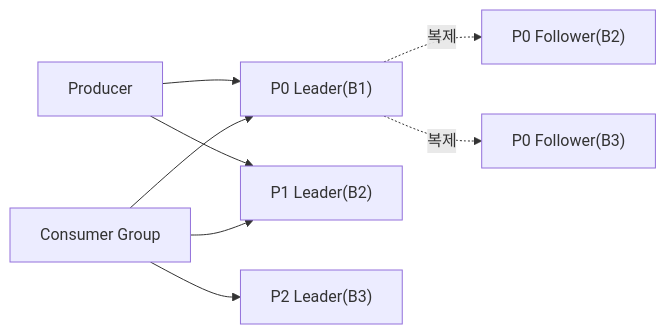
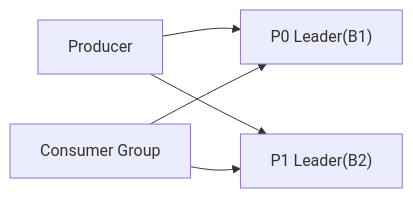
One commit to yjkim2015/yjkim2015.github.io changed the ninth of 12 diagrams in _posts/kafka/2026-05-02-kafka-deep.md. Above: the diagram before and after it, drawn with Mermaid. The commit also changed other lines of this file and 149 other files, not shown here.

First line of the commit message:
Mermaid 가독성 개선: 라벨 축약, 노드 축소, TD→LR 변환

````diff
--- a/_posts/kafka/2026-05-02-kafka-deep.md
+++ b/_posts/kafka/2026-05-02-kafka-deep.md
@@ -526,10 +519,7 @@
 ```mermaid
 graph LR
     Producer --> P0_L["P0 Leader(B1)"]
     Producer --> P1_L["P1 Leader(B2)"]
-    P0_L -. 복제 .-> P0_F1["P0 Follower(B2)"]
-    P0_L -. 복제 .-> P0_F2["P0 Follower(B3)"]
     CG["Consumer Group"] --> P0_L
     CG --> P1_L
-    CG --> P2_L["P2 Leader(B3)"]
 ```
````
